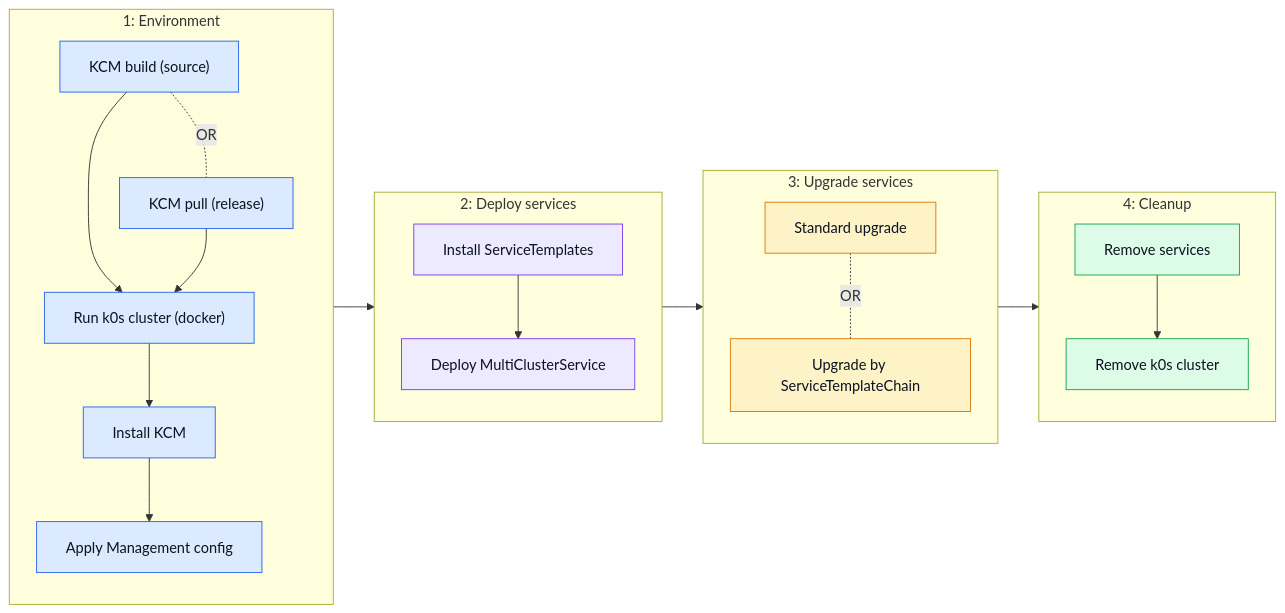
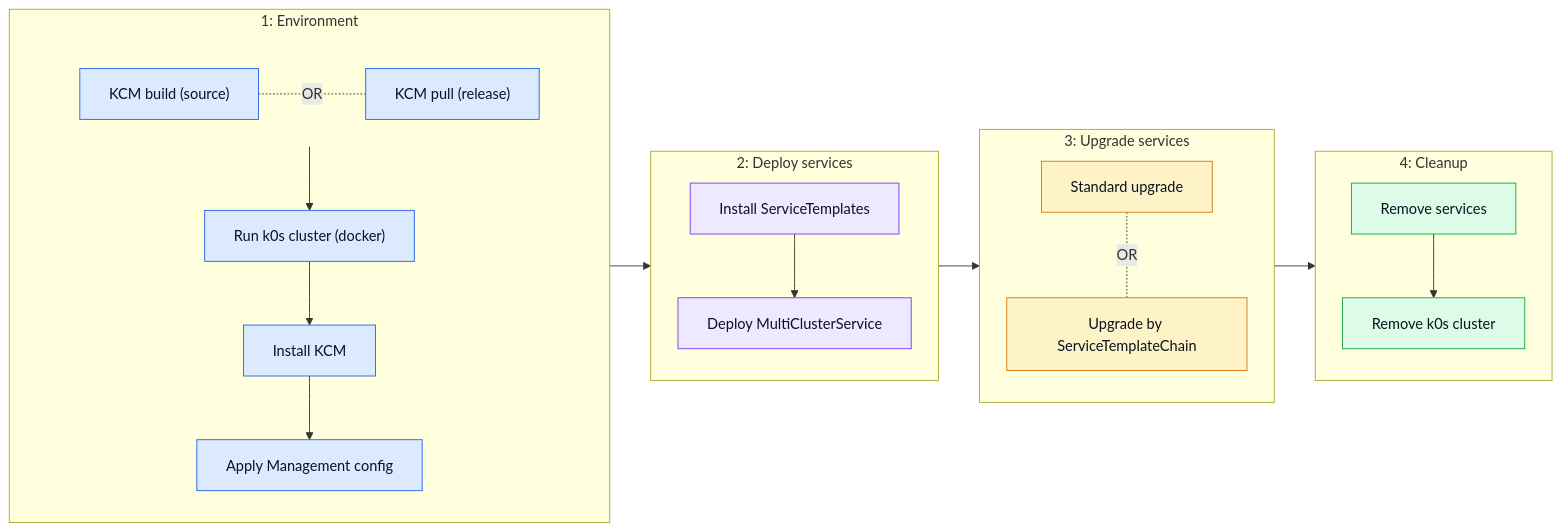
The first of 2 diagrams in README.md (josef-hak/k0rdent-ksm-tests), drawn with Mermaid before and after one commit.

Commit message:
docs: keep the two KCM sources on one level

````diff
--- a/README.md
+++ b/README.md
@@ -20,41 +20,45 @@
 ```mermaid
 %%{init: {'flowchart': {'padding': 16, 'nodeSpacing': 40, 'rankSpacing': 45}}}%%
 flowchart LR
     subgraph P1["1: Environment"]
         direction TB
-        E1["KCM build (source)"] -. "OR" .- E2["KCM pull (release)"]
+        subgraph KCMSRC[" "]
+            direction LR
+            E1["KCM build (source)"] -. "OR" .- E2["KCM pull (release)"]
+        end
         E3["Run k0s cluster (docker)"]
         E4["Install KCM"]
         E5["Apply Management config"]
-        E1 --> E3
-        E2 --> E3
-        E3 --> E4 --> E5
+        KCMSRC --> E3 --> E4 --> E5
     end
 
     subgraph P2["2: Deploy services"]
         direction TB
         D1["Install ServiceTemplates"] --> D2["Deploy MultiClusterService"]
     end
 
     subgraph P3["3: Upgrade services"]
         direction TB
         U1["Standard upgrade"] -. "OR" .- U2["Upgrade by ServiceTemplateChain"]
     end
 
     subgraph P4["4: Cleanup"]
         direction TB
         C1["Remove services"] --> C2["Remove k0s cluster"]
     end
 
     P1 --> P2 --> P3 --> P4
 
+    classDef bare fill:none,stroke:none
+    class KCMSRC bare
+
     classDef env fill:#dbeafe,stroke:#2563eb,color:#0b1220
     classDef dep fill:#ede9fe,stroke:#7c3aed,color:#0b1220
     classDef upg fill:#fef3c7,stroke:#d97706,color:#0b1220
     classDef out fill:#dcfce7,stroke:#16a34a,color:#0b1220
 
     class E1,E2,E3,E4,E5 env
     class D1,D2 dep
     class U1,U2 upg
     class C1,C2 out
 ```
````
